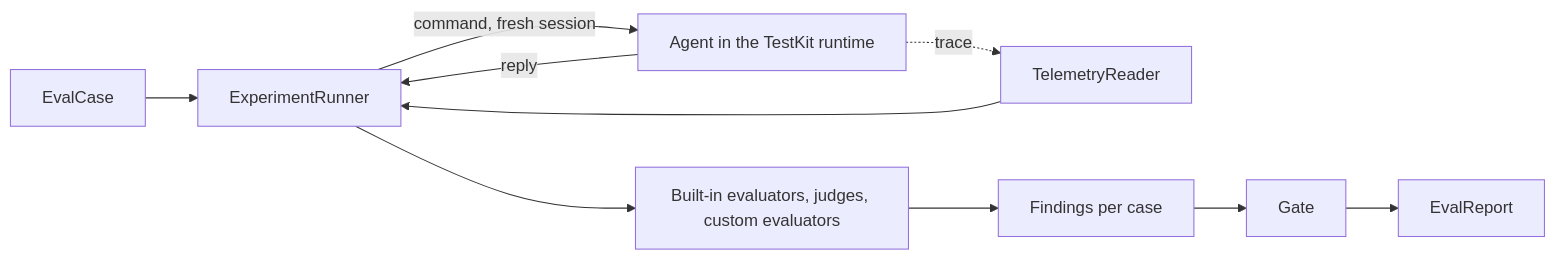
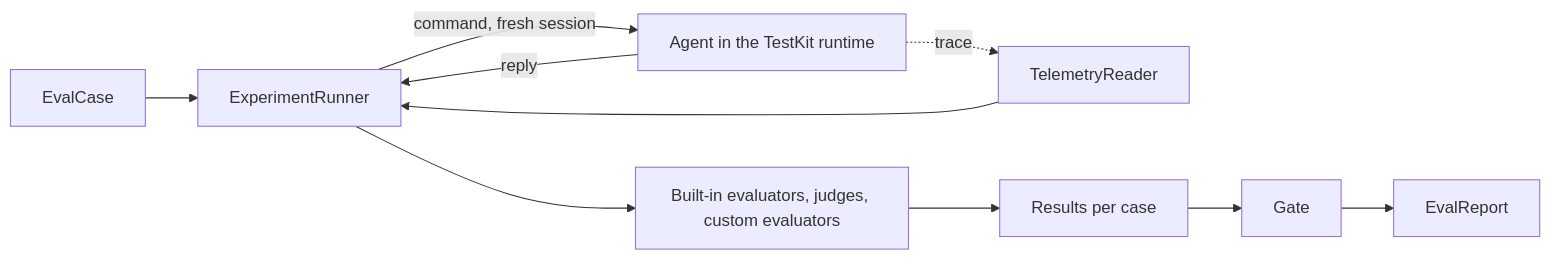
Before and after one commit to akka/akka-sdk: the diagram in docs/src/modules/testing/pages/evaluation/index.adoc, drawn with Mermaid. The commit also changed other lines of this file and 23 other files, not shown here.

```diff
--- a/docs/src/modules/testing/pages/evaluation/index.adoc
+++ b/docs/src/modules/testing/pages/evaluation/index.adoc
@@ -50,13 +50,13 @@
 [mermaid]
 ----
 flowchart LR
     Case[EvalCase] --> Runner[ExperimentRunner]
     Runner -->|command, fresh session| Agent[Agent in the TestKit runtime]
     Agent -->|reply| Runner
     Agent -.->|trace| Telemetry[TelemetryReader]
     Telemetry --> Runner
     Runner --> Evaluators[Built-in evaluators, judges, custom evaluators]
-    Evaluators --> Findings[Findings per case]
-    Findings --> Gate
+    Evaluators --> Results[Results per case]
+    Results --> Gate
     Gate --> Report[EvalReport]
 ----
```
